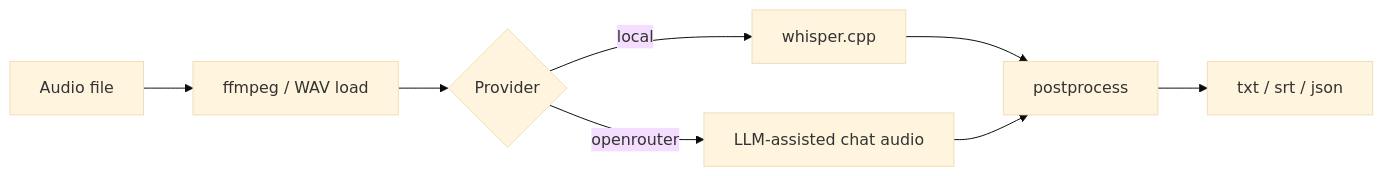
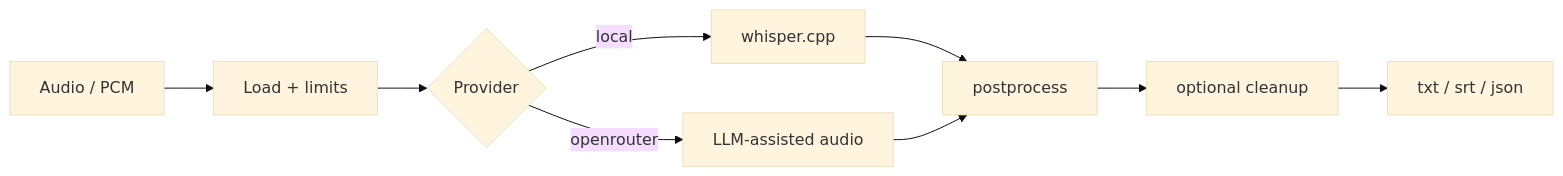
One commit to joe-broadhead/aurum changed the diagram in docs/index.md. Above: the diagram before and after it, drawn with Mermaid (base theme). The commit also changed other lines of this file and 23 other files, not shown here.

````diff
--- a/docs/index.md
+++ b/docs/index.md
@@ -21,10 +23,11 @@
 ```mermaid
 flowchart LR
-  A[Audio file] --> B[ffmpeg / WAV load]
+  A[Audio / PCM] --> B[Load + limits]
   B --> C{Provider}
   C -->|local| D[whisper.cpp]
-  C -->|openrouter| E[LLM-assisted chat audio]
+  C -->|openrouter| E[LLM-assisted audio]
   D --> F[postprocess]
   E --> F
-  F --> G[txt / srt / json]
+  F --> G[optional cleanup]
+  G --> H[txt / srt / json]
 ```
````
